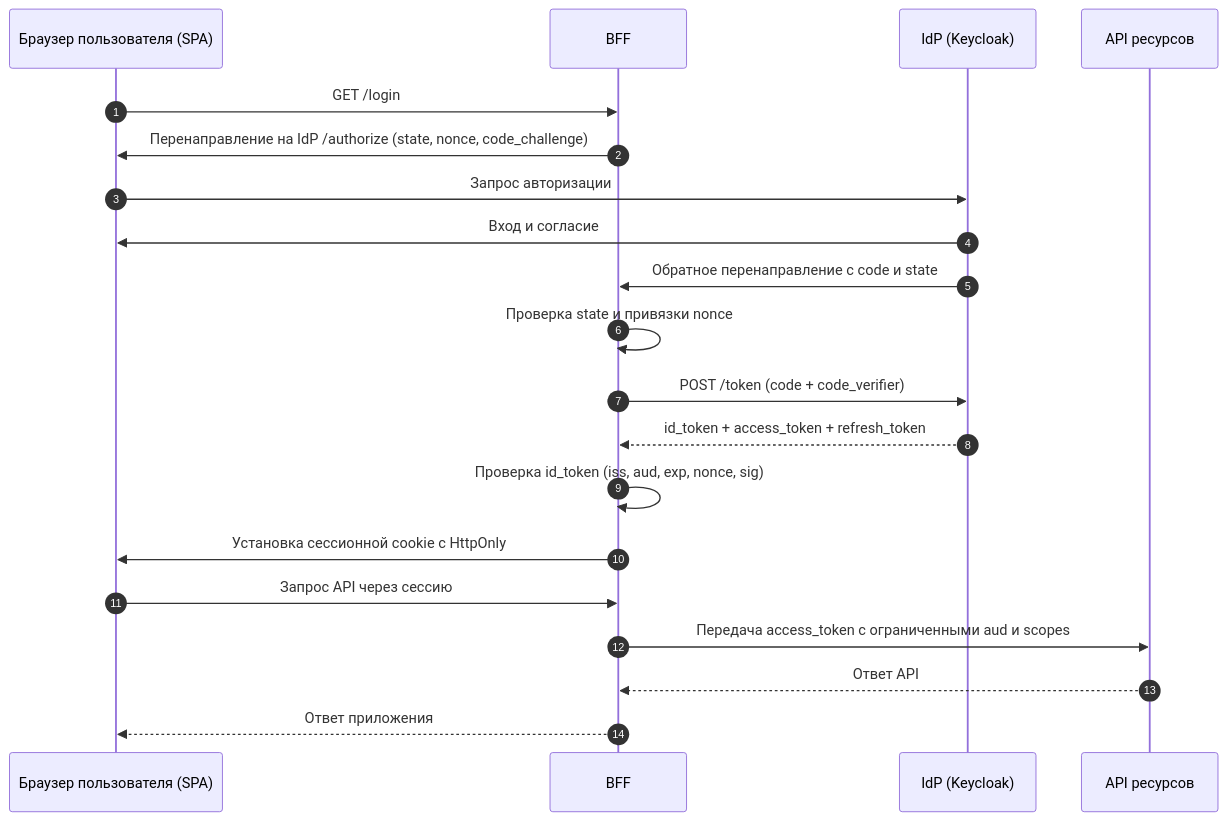
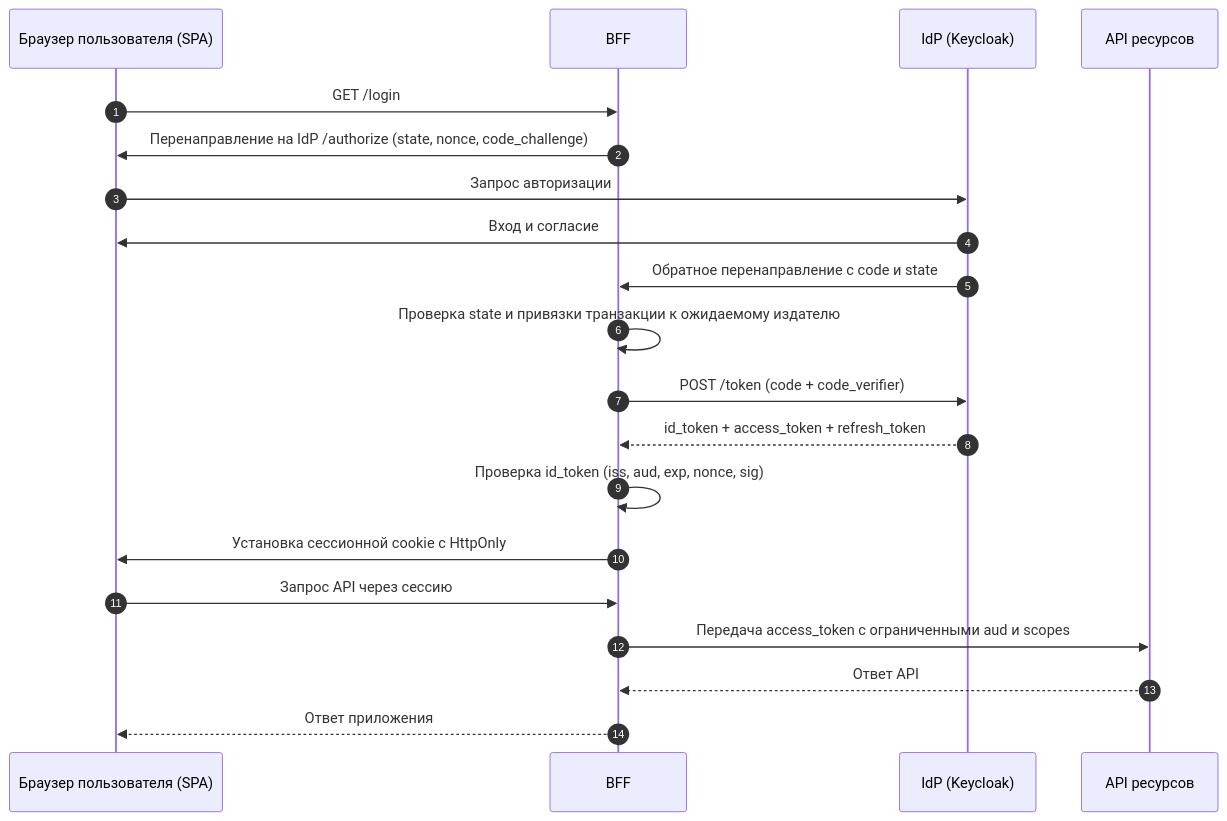
Before and after one commit to defrixx/defrixx.github.io: the diagram in content/application-security/identity/oidc-oauth/playbook.ru.md, drawn with Mermaid. The commit also changed other lines of this file and 149 other files, not shown here.

````diff
--- a/content/application-security/identity/oidc-oauth/playbook.ru.md
+++ b/content/application-security/identity/oidc-oauth/playbook.ru.md
@@ -17,23 +17,23 @@
 ```mermaid
 sequenceDiagram
     autonumber
     participant U as Браузер пользователя (SPA)
     participant B as BFF
     participant I as IdP (Keycloak)
     participant A as API ресурсов
 
     U->>B: GET /login
     B->>U: Перенаправление на IdP /authorize (state, nonce, code_challenge)
     U->>I: Запрос авторизации
     I->>U: Вход и согласие
     I->>B: Обратное перенаправление с code и state
-    B->>B: Проверка state и привязки nonce
+    B->>B: Проверка state и привязки транзакции к ожидаемому издателю
     B->>I: POST /token (code + code_verifier)
     I-->>B: id_token + access_token + refresh_token
     B->>B: Проверка id_token (iss, aud, exp, nonce, sig)
     B->>U: Установка сессионной cookie с HttpOnly
     U->>B: Запрос API через сессию
     B->>A: Передача access_token с ограниченными aud и scopes
     A-->>B: Ответ API
     B-->>U: Ответ приложения
 ```
````
